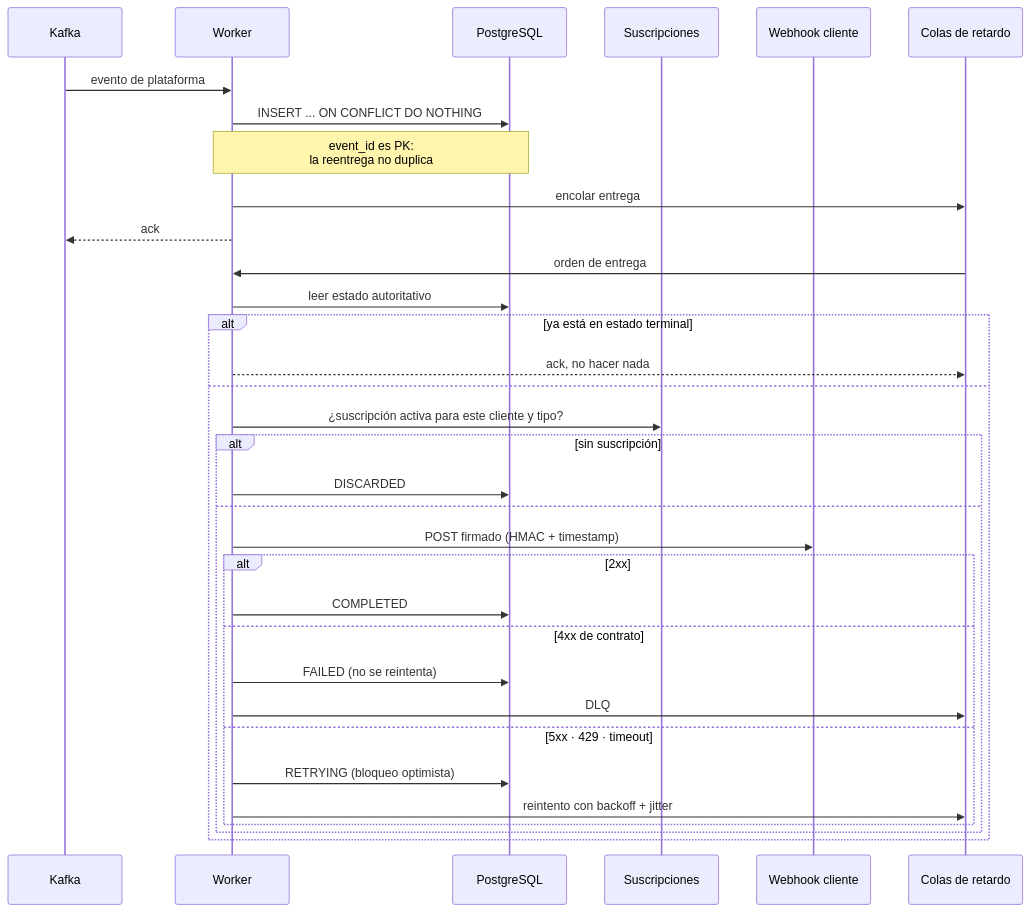
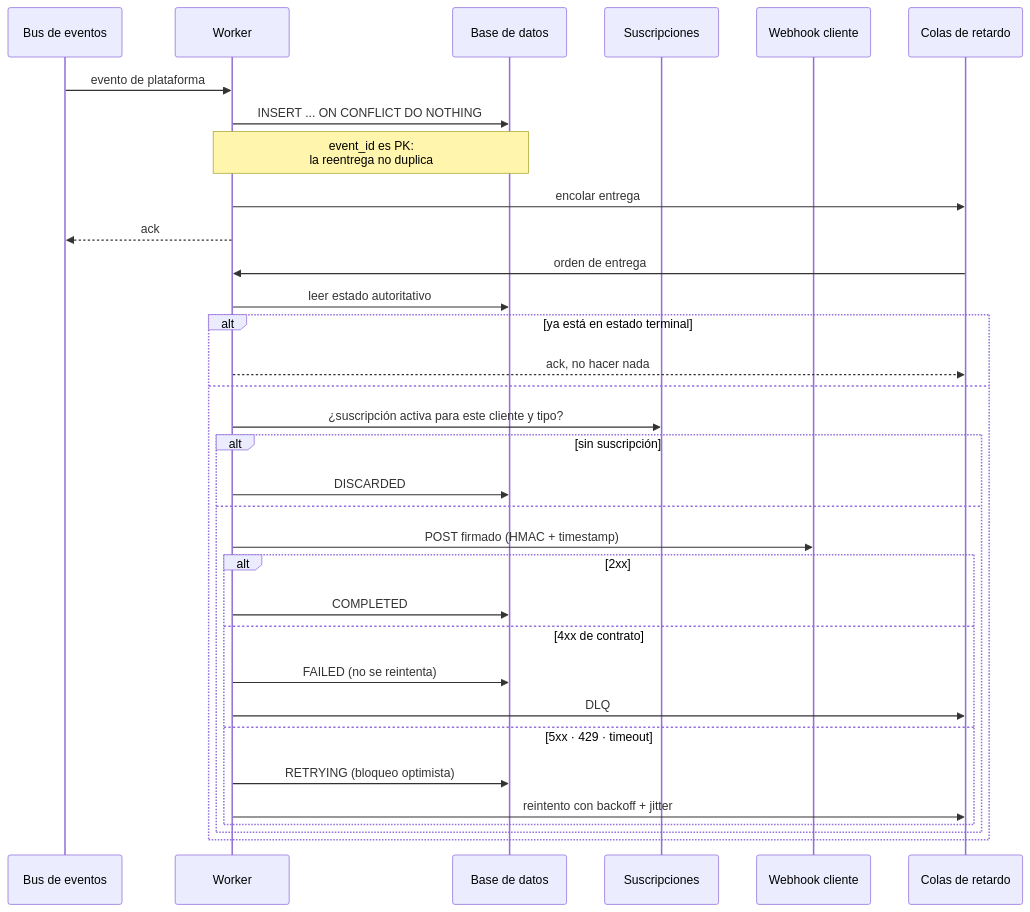
One commit to ssalaza7/cobre-notification-delivery changed the fourth of 7 diagrams in docs/01-diseno-del-sistema.md. Above: the diagram before and after it, drawn with Mermaid. The commit also changed other lines of this file, not shown here.

````diff
--- a/docs/01-diseno-del-sistema.md
+++ b/docs/01-diseno-del-sistema.md
@@ -158,37 +181,37 @@
 ```mermaid
 sequenceDiagram
-    participant K as Kafka
+    participant K as Bus de eventos
     participant W as Worker
-    participant DB as PostgreSQL
+    participant DB as Base de datos
     participant S as Suscripciones
     participant H as Webhook cliente
     participant Q as Colas de retardo
 
     K->>W: evento de plataforma
     W->>DB: INSERT ... ON CONFLICT DO NOTHING
     Note over W,DB: event_id es PK:<br/>la reentrega no duplica
     W->>Q: encolar entrega
     W-->>K: ack
 
     Q->>W: orden de entrega
     W->>DB: leer estado autoritativo
     alt ya está en estado terminal
         W-->>Q: ack, no hacer nada
     else
         W->>S: ¿suscripción activa para este cliente y tipo?
         alt sin suscripción
             W->>DB: DISCARDED
         else
             W->>H: POST firmado (HMAC + timestamp)
             alt 2xx
                 W->>DB: COMPLETED
             else 4xx de contrato
                 W->>DB: FAILED (no se reintenta)
                 W->>Q: DLQ
             else 5xx · 429 · timeout
                 W->>DB: RETRYING (bloqueo optimista)
                 W->>Q: reintento con backoff + jitter
             end
         end
     end
 ```
````
